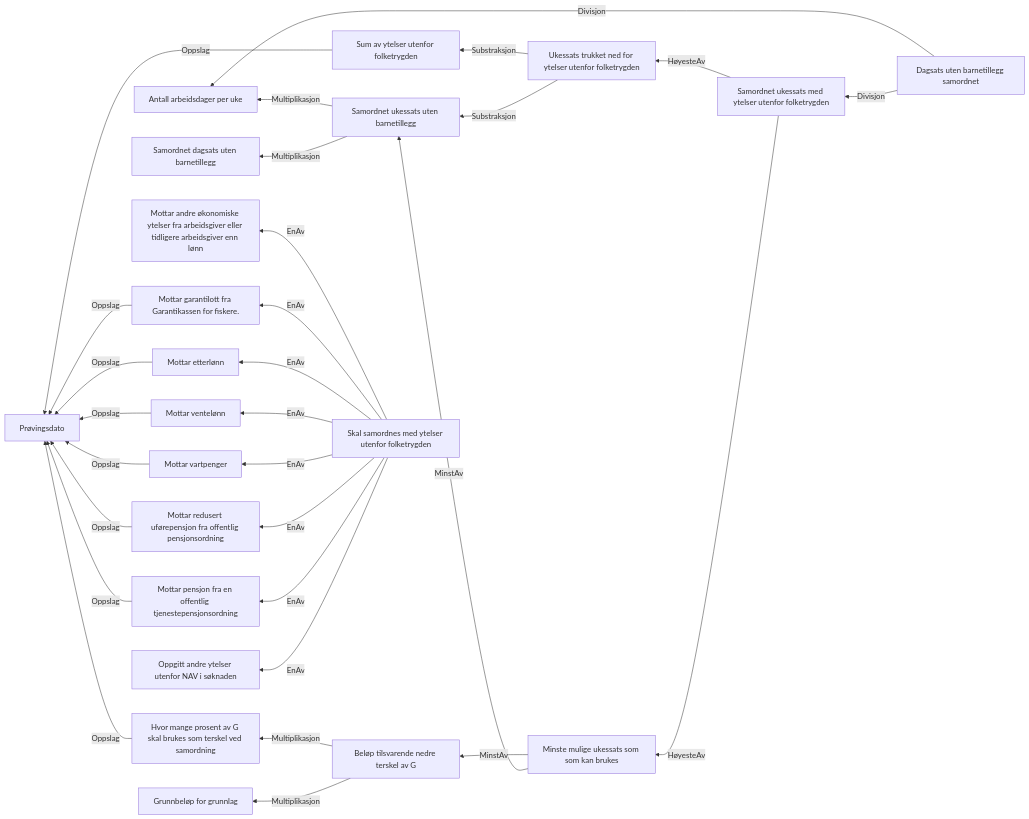
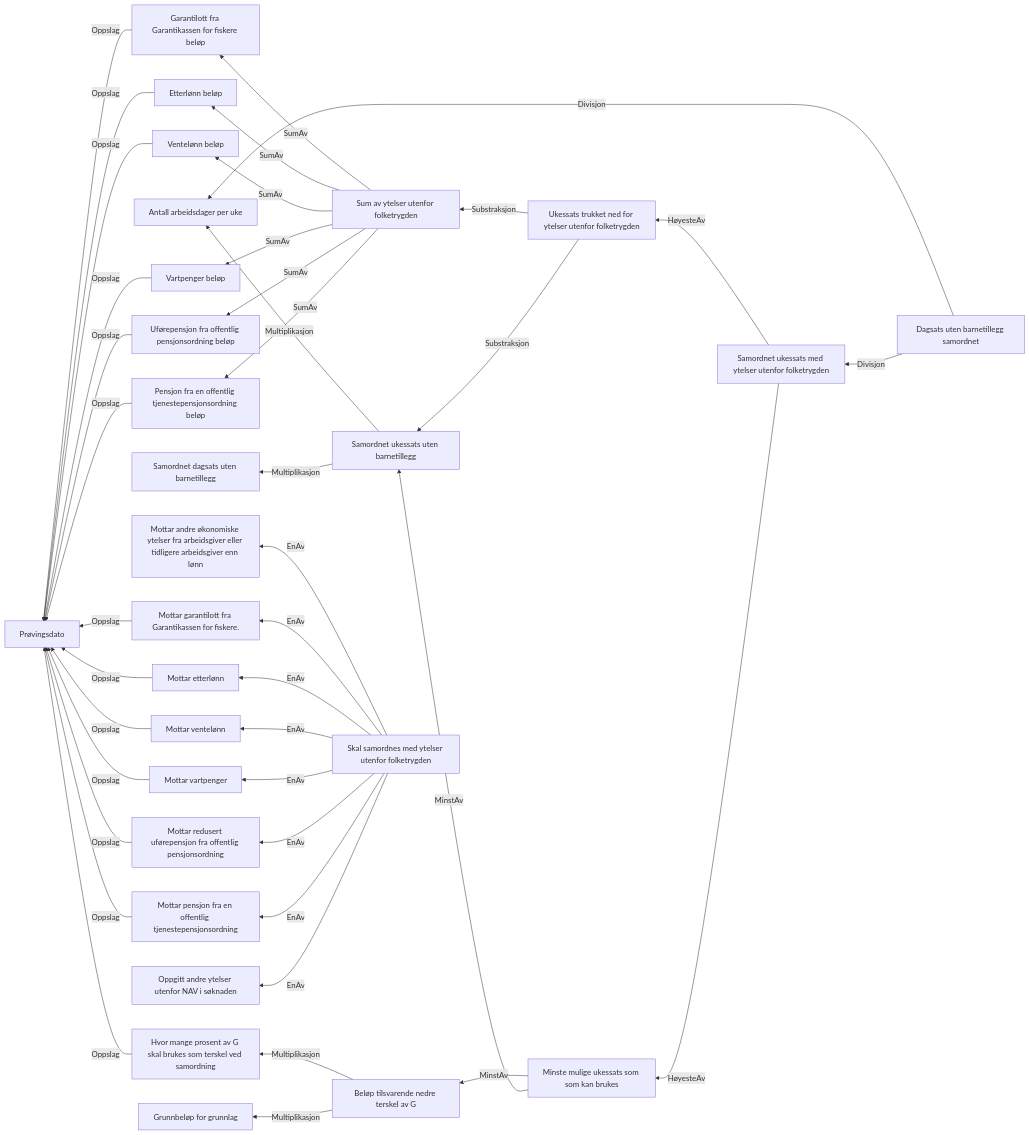
Before and after one commit to navikt/dp-vedtak: the diagram in docs/regler/§ 4-26.Samordning med ytelser utenfor folketrygden.approved.md, drawn with Mermaid. The commit also changed 7 other files, not shown here.

Commit message:
Beløp for hver ytelse utenfor folketrygden.

````diff
--- a/docs/regler/§ 4-26.Samordning med ytelser utenfor folketrygden.approved.md
+++ b/docs/regler/§ 4-26.Samordning med ytelser utenfor folketrygden.approved.md
@@ -5,31 +5,42 @@
 ```mermaid
 graph RL
   A["Mottar pensjon fra en offentlig tjenestepensjonsordning"] -->|"Oppslag"| B["Prøvingsdato"]
   C["Mottar redusert uførepensjon fra offentlig pensjonsordning"] -->|"Oppslag"| B["Prøvingsdato"]
   D["Mottar vartpenger"] -->|"Oppslag"| B["Prøvingsdato"]
   E["Mottar ventelønn"] -->|"Oppslag"| B["Prøvingsdato"]
   F["Mottar etterlønn"] -->|"Oppslag"| B["Prøvingsdato"]
   G["Mottar garantilott fra Garantikassen for fiskere."] -->|"Oppslag"| B["Prøvingsdato"]
-  H["Sum av ytelser utenfor folketrygden"] -->|"Oppslag"| B["Prøvingsdato"]
-  I["Hvor mange prosent av G skal brukes som terskel ved samordning"] -->|"Oppslag"| B["Prøvingsdato"]
-  J["Beløp tilsvarende nedre terskel av G"] -->|"Multiplikasjon"| K["Grunnbeløp for grunnlag"]
-  J["Beløp tilsvarende nedre terskel av G"] -->|"Multiplikasjon"| I["Hvor mange prosent av G skal brukes som terskel ved samordning"]
-  L["Samordnet ukessats uten barnetillegg"] -->|"Multiplikasjon"| M["Samordnet dagsats uten barnetillegg"]
-  L["Samordnet ukessats uten barnetillegg"] -->|"Multiplikasjon"| N["Antall arbeidsdager per uke"]
-  O["Minste mulige ukessats som som kan brukes"] -->|"MinstAv"| L["Samordnet ukessats uten barnetillegg"]
-  O["Minste mulige ukessats som som kan brukes"] -->|"MinstAv"| J["Beløp tilsvarende nedre terskel av G"]
-  P["Ukessats trukket ned for ytelser utenfor folketrygden"] -->|"Substraksjon"| L["Samordnet ukessats uten barnetillegg"]
-  P["Ukessats trukket ned for ytelser utenfor folketrygden"] -->|"Substraksjon"| H["Sum av ytelser utenfor folketrygden"]
-  Q["Samordnet ukessats med ytelser utenfor folketrygden"] -->|"HøyesteAv"| O["Minste mulige ukessats som som kan brukes"]
-  Q["Samordnet ukessats med ytelser utenfor folketrygden"] -->|"HøyesteAv"| P["Ukessats trukket ned for ytelser utenfor folketrygden"]
-  R["Dagsats uten barnetillegg samordnet"] -->|"Divisjon"| Q["Samordnet ukessats med ytelser utenfor folketrygden"]
-  R["Dagsats uten barnetillegg samordnet"] -->|"Divisjon"| N["Antall arbeidsdager per uke"]
-  S["Skal samordnes med ytelser utenfor folketrygden"] -->|"EnAv"| T["Oppgitt andre ytelser utenfor NAV i søknaden"]
-  S["Skal samordnes med ytelser utenfor folketrygden"] -->|"EnAv"| A["Mottar pensjon fra en offentlig tjenestepensjonsordning"]
-  S["Skal samordnes med ytelser utenfor folketrygden"] -->|"EnAv"| C["Mottar redusert uførepensjon fra offentlig pensjonsordning"]
-  S["Skal samordnes med ytelser utenfor folketrygden"] -->|"EnAv"| D["Mottar vartpenger"]
-  S["Skal samordnes med ytelser utenfor folketrygden"] -->|"EnAv"| E["Mottar ventelønn"]
-  S["Skal samordnes med ytelser utenfor folketrygden"] -->|"EnAv"| F["Mottar etterlønn"]
-  S["Skal samordnes med ytelser utenfor folketrygden"] -->|"EnAv"| G["Mottar garantilott fra Garantikassen for fiskere."]
-  S["Skal samordnes med ytelser utenfor folketrygden"] -->|"EnAv"| U["Mottar andre økonomiske ytelser fra arbeidsgiver eller tidligere arbeidsgiver enn lønn"]
+  H["Pensjon fra en offentlig tjenestepensjonsordning beløp"] -->|"Oppslag"| B["Prøvingsdato"]
+  I["Uførepensjon fra offentlig pensjonsordning beløp"] -->|"Oppslag"| B["Prøvingsdato"]
+  J["Vartpenger beløp"] -->|"Oppslag"| B["Prøvingsdato"]
+  K["Ventelønn beløp"] -->|"Oppslag"| B["Prøvingsdato"]
+  L["Etterlønn beløp"] -->|"Oppslag"| B["Prøvingsdato"]
+  M["Garantilott fra Garantikassen for fiskere beløp"] -->|"Oppslag"| B["Prøvingsdato"]
+  N["Sum av ytelser utenfor folketrygden"] -->|"SumAv"| H["Pensjon fra en offentlig tjenestepensjonsordning beløp"]
+  N["Sum av ytelser utenfor folketrygden"] -->|"SumAv"| I["Uførepensjon fra offentlig pensjonsordning beløp"]
+  N["Sum av ytelser utenfor folketrygden"] -->|"SumAv"| J["Vartpenger beløp"]
+  N["Sum av ytelser utenfor folketrygden"] -->|"SumAv"| K["Ventelønn beløp"]
+  N["Sum av ytelser utenfor folketrygden"] -->|"SumAv"| L["Etterlønn beløp"]
+  N["Sum av ytelser utenfor folketrygden"] -->|"SumAv"| M["Garantilott fra Garantikassen for fiskere beløp"]
+  O["Hvor mange prosent av G skal brukes som terskel ved samordning"] -->|"Oppslag"| B["Prøvingsdato"]
+  P["Beløp tilsvarende nedre terskel av G"] -->|"Multiplikasjon"| Q["Grunnbeløp for grunnlag"]
+  P["Beløp tilsvarende nedre terskel av G"] -->|"Multiplikasjon"| O["Hvor mange prosent av G skal brukes som terskel ved samordning"]
+  R["Samordnet ukessats uten barnetillegg"] -->|"Multiplikasjon"| S["Samordnet dagsats uten barnetillegg"]
+  R["Samordnet ukessats uten barnetillegg"] -->|"Multiplikasjon"| T["Antall arbeidsdager per uke"]
+  U["Minste mulige ukessats som som kan brukes"] -->|"MinstAv"| R["Samordnet ukessats uten barnetillegg"]
+  U["Minste mulige ukessats som som kan brukes"] -->|"MinstAv"| P["Beløp tilsvarende nedre terskel av G"]
+  V["Ukessats trukket ned for ytelser utenfor folketrygden"] -->|"Substraksjon"| R["Samordnet ukessats uten barnetillegg"]
+  V["Ukessats trukket ned for ytelser utenfor folketrygden"] -->|"Substraksjon"| N["Sum av ytelser utenfor folketrygden"]
+  W["Samordnet ukessats med ytelser utenfor folketrygden"] -->|"HøyesteAv"| U["Minste mulige ukessats som som kan brukes"]
+  W["Samordnet ukessats med ytelser utenfor folketrygden"] -->|"HøyesteAv"| V["Ukessats trukket ned for ytelser utenfor folketrygden"]
+  X["Dagsats uten barnetillegg samordnet"] -->|"Divisjon"| W["Samordnet ukessats med ytelser utenfor folketrygden"]
+  X["Dagsats uten barnetillegg samordnet"] -->|"Divisjon"| T["Antall arbeidsdager per uke"]
+  Y["Skal samordnes med ytelser utenfor folketrygden"] -->|"EnAv"| Z["Oppgitt andre ytelser utenfor NAV i søknaden"]
+  Y["Skal samordnes med ytelser utenfor folketrygden"] -->|"EnAv"| A["Mottar pensjon fra en offentlig tjenestepensjonsordning"]
+  Y["Skal samordnes med ytelser utenfor folketrygden"] -->|"EnAv"| C["Mottar redusert uførepensjon fra offentlig pensjonsordning"]
+  Y["Skal samordnes med ytelser utenfor folketrygden"] -->|"EnAv"| D["Mottar vartpenger"]
+  Y["Skal samordnes med ytelser utenfor folketrygden"] -->|"EnAv"| E["Mottar ventelønn"]
+  Y["Skal samordnes med ytelser utenfor folketrygden"] -->|"EnAv"| F["Mottar etterlønn"]
+  Y["Skal samordnes med ytelser utenfor folketrygden"] -->|"EnAv"| G["Mottar garantilott fra Garantikassen for fiskere."]
+  Y["Skal samordnes med ytelser utenfor folketrygden"] -->|"EnAv"| AA["Mottar andre økonomiske ytelser fra arbeidsgiver eller tidligere arbeidsgiver enn lønn"]
 ```
````
